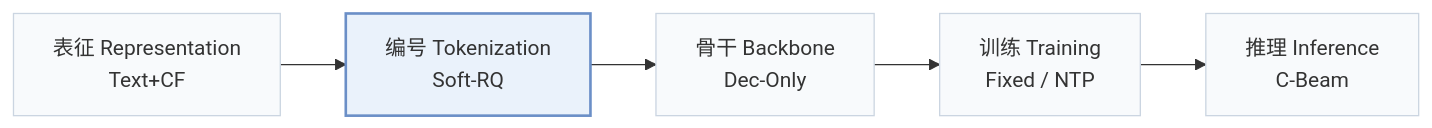
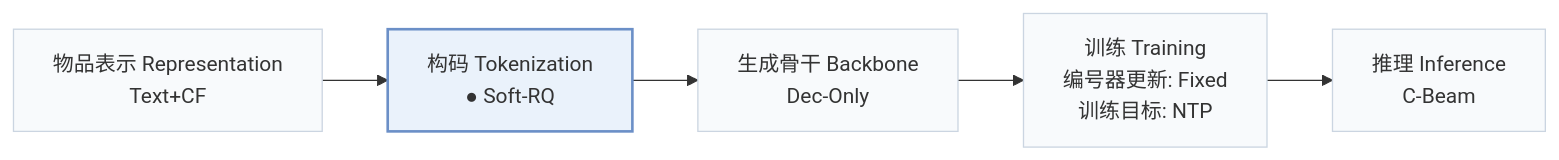
Before and after one commit to Galaxy-ghost/Awesome-SID-Generative-Rec: the first of 2 diagrams in pages/zh/papers/capsid.md, drawn with Mermaid. The commit also changed other lines of this file and 558 other files, not shown here.

````diff
--- a/pages/zh/papers/capsid.md
+++ b/pages/zh/papers/capsid.md
@@ -15,8 +18,8 @@
 ```mermaid
 flowchart LR
-    R["表征 Representation<br/>Text+CF"] --> T["编号 Tokenization<br/>Soft-RQ"] --> B["骨干 Backbone<br/>Dec-Only"] --> TR["训练 Training<br/>Fixed / NTP"] --> I["推理 Inference<br/>C-Beam"]
+    R["物品表示 Representation<br/>Text+CF"] --> T["构码 Tokenization<br/>● Soft-RQ"] --> B["生成骨干 Backbone<br/>Dec-Only"] --> TR["训练 Training<br/>编号器更新: Fixed<br/>训练目标: NTP"] --> I["推理 Inference<br/>C-Beam"]
     classDef base fill:#f8fafc,stroke:#cbd5e1
     class R,T,B,TR,I base
     classDef main fill:#eaf2fb,stroke:#6b8fc7,stroke-width:2px
     class T main
 ```
````
